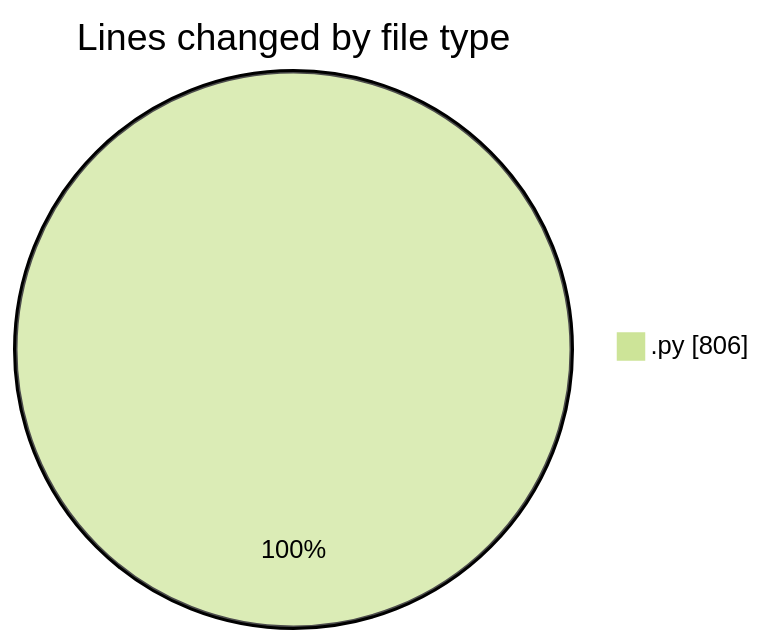
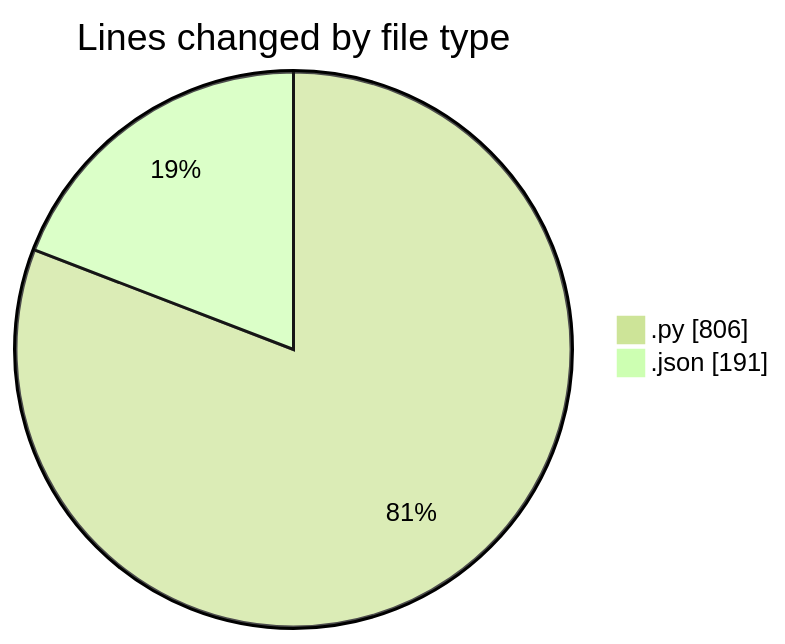
Before and after one commit to trdunsworth/code-tracking: the first of 2 diagrams in 2025-04-24/synth_911data_gen/README.md, drawn with Mermaid (forest theme). The commit also changed other lines of this file and 1 other file, not shown here.

````diff
--- a/2025-04-24/synth_911data_gen/README.md
+++ b/2025-04-24/synth_911data_gen/README.md
@@ -21,5 +22,6 @@
 ```mermaid
 pie showData
 title Lines changed by file type
 ".py" : 806
+".json" : 191
 ```
````
